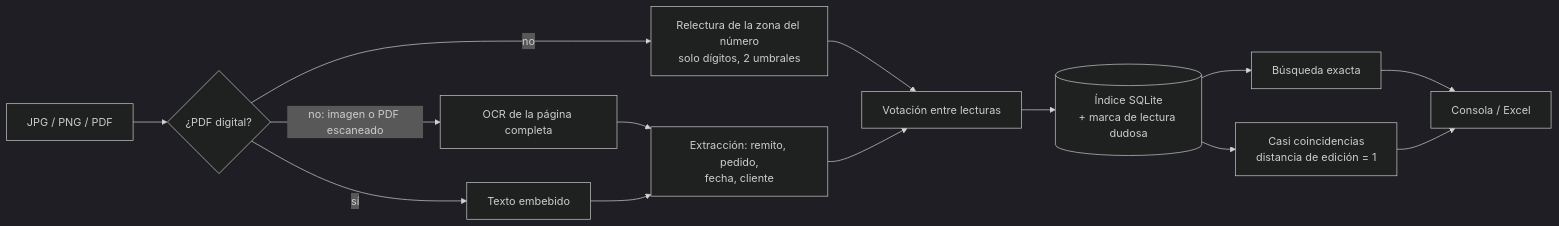
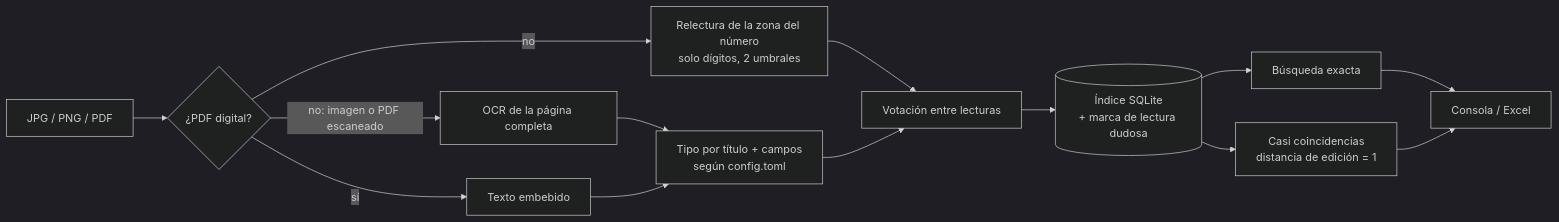
Before and after one commit to aviollaz/buscador-remitos-ocr: the diagram in README.md, drawn with Mermaid (dark theme). The commit also changed other lines of this file, not shown here.

````diff
--- a/README.md
+++ b/README.md
@@ -38,15 +40,15 @@
 ```mermaid
 flowchart LR
     A[JPG / PNG / PDF] --> B{¿PDF digital?}
     B -- sí --> C[Texto embebido]
     B -- no: imagen o PDF escaneado --> D[OCR de la página completa]
     B -- no --> E[Relectura de la zona del número<br/>solo dígitos, 2 umbrales]
-    D --> F[Extracción: remito, pedido,<br/>fecha, cliente]
+    D --> F[Tipo por título + campos<br/>según config.toml]
     C --> F
     E --> G[Votación entre lecturas]
     F --> G
     G --> H[(Índice SQLite<br/>+ marca de lectura dudosa)]
     H --> I[Búsqueda exacta]
     H --> J[Casi coincidencias<br/>distancia de edición = 1]
     I & J --> K[Consola / Excel]
 ```
````
